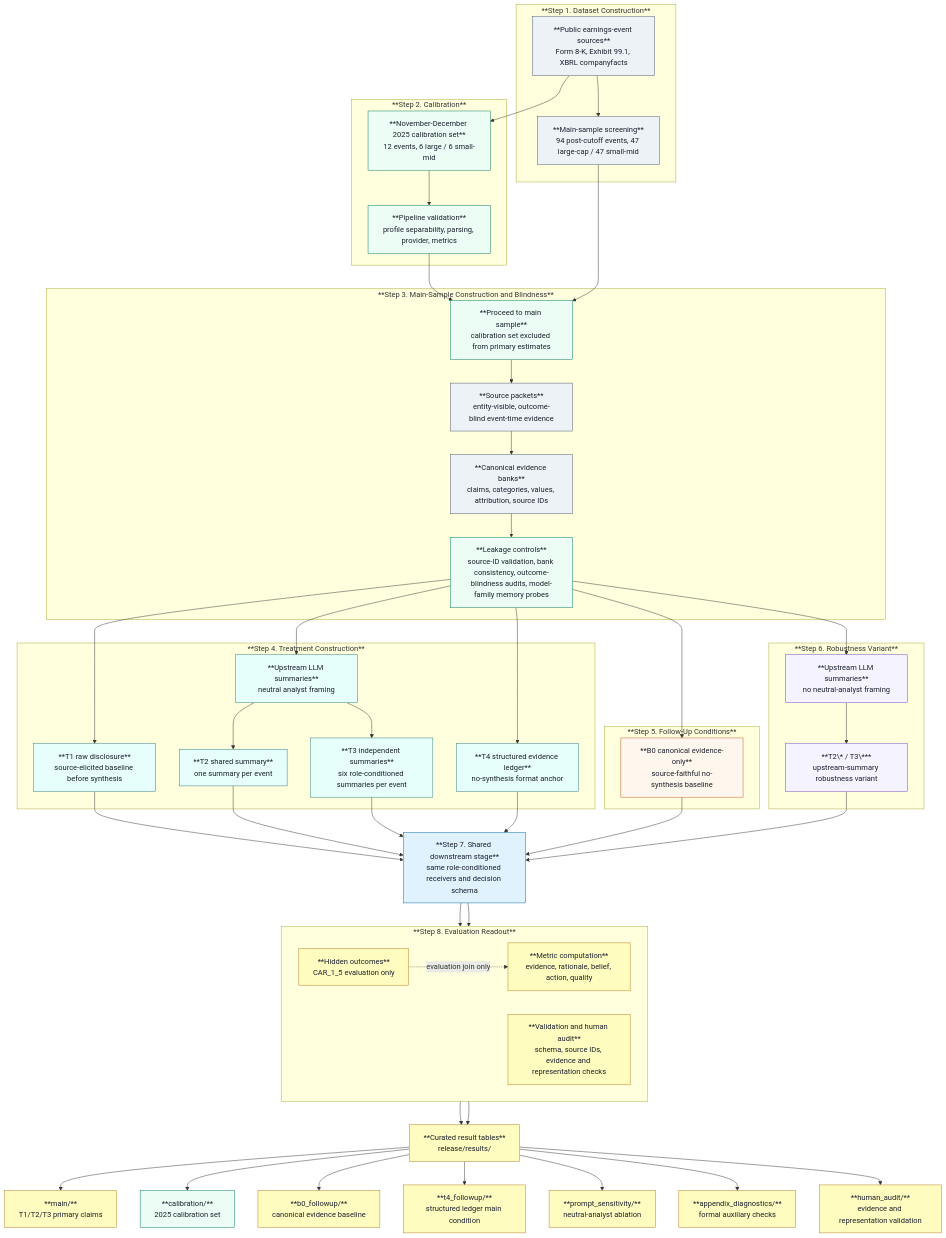
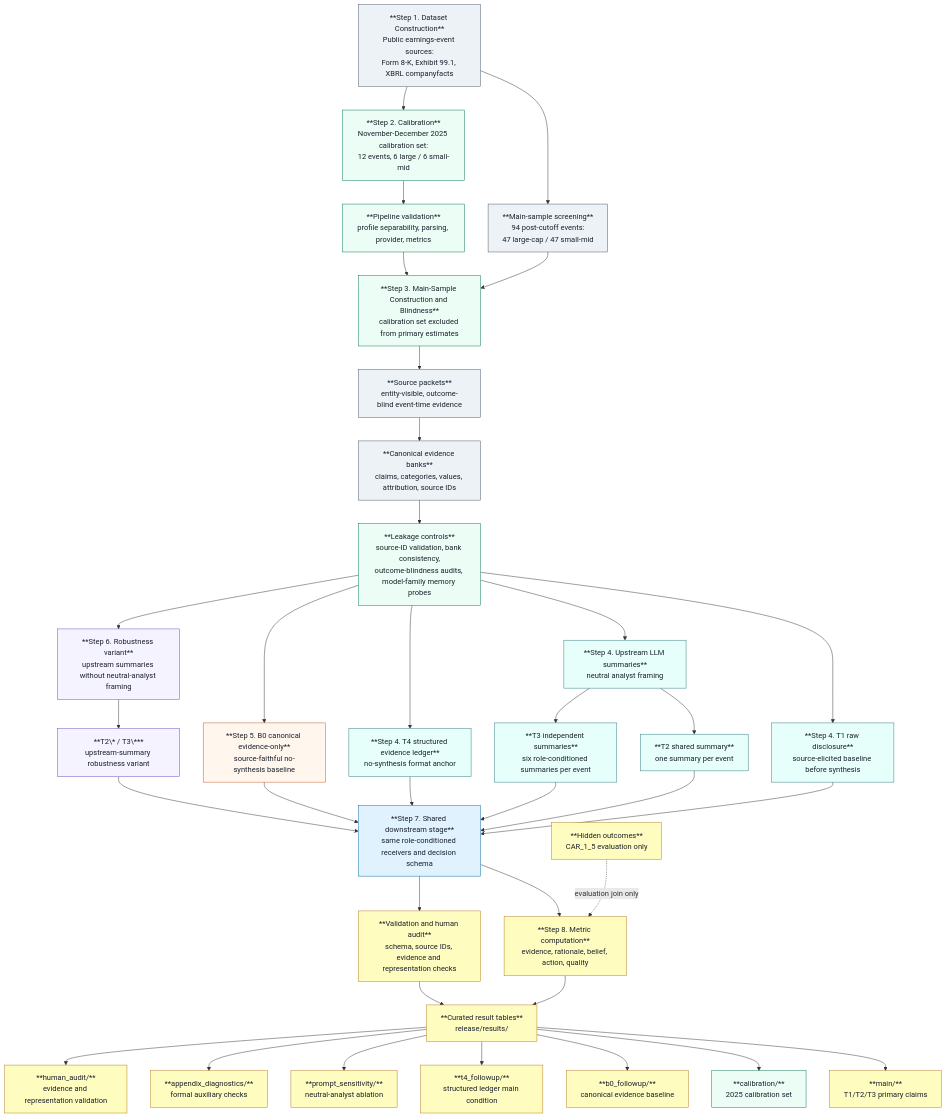
Before and after one commit to Eric0801/Faithful-to-the-Frame: the diagram in README.md, drawn with Mermaid.

Commit message:
docs: avoid mermaid title overlap

````diff
--- a/README.md
+++ b/README.md
@@ -36,77 +36,56 @@
 ```mermaid
 flowchart TD
-    subgraph Data["**Step 1. Dataset Construction**"]
-        A["**Public earnings-event sources**<br/>Form 8-K, Exhibit 99.1, XBRL companyfacts"] --> B["**Main-sample screening**<br/>94 post-cutoff events, 47 large-cap / 47 small-mid"]
-    end
+    A["**Step 1. Dataset Construction**<br/>Public earnings-event sources:<br/>Form 8-K, Exhibit 99.1, XBRL companyfacts"] --> B["**Main-sample screening**<br/>94 post-cutoff events:<br/>47 large-cap / 47 small-mid"]
+    A --> HC["**Step 2. Calibration**<br/>November-December 2025 calibration set:<br/>12 events, 6 large / 6 small-mid"]
+    HC --> HD["**Pipeline validation**<br/>profile separability, parsing, provider, metrics"]
+    B --> G["**Step 3. Main-Sample Construction and Blindness**<br/>calibration set excluded from primary estimates"]
+    HD --> G
+    G --> C["**Source packets**<br/>entity-visible, outcome-blind event-time evidence"]
+    C --> D["**Canonical evidence banks**<br/>claims, categories, values, attribution, source IDs"]
+    D --> LS["**Leakage controls**<br/>source-ID validation, bank consistency,<br/>outcome-blindness audits, model-family memory probes"]
 
-    subgraph Cal["**Step 2. Calibration**"]
-        A --> HC["**November-December 2025 calibration set**<br/>12 events, 6 large / 6 small-mid"]
-        HC --> HD["**Pipeline validation**<br/>profile separability, parsing, provider, metrics"]
-    end
-
-    subgraph MainBuild["**Step 3. Main-Sample Construction and Blindness**"]
-        HD --> G["**Proceed to main sample**<br/>calibration set excluded from primary estimates"]
-        B --> G
-        G --> C["**Source packets**<br/>entity-visible, outcome-blind event-time evidence"]
-        C --> D["**Canonical evidence banks**<br/>claims, categories, values, attribution, source IDs"]
-        D --> LS["**Leakage controls**<br/>source-ID validation, bank consistency, outcome-blindness audits, model-family memory probes"]
-    end
-
-    subgraph Main["**Step 4. Treatment Construction**"]
-        LS --> T1["**T1 raw disclosure**<br/>source-elicited baseline before synthesis"]
-        LS --> U["**Upstream LLM summaries**<br/>neutral analyst framing"]
-        U --> T2["**T2 shared summary**<br/>one summary per event"]
-        U --> T3["**T3 independent summaries**<br/>six role-conditioned summaries per event"]
-        LS --> T4["**T4 structured evidence ledger**<br/>no-synthesis format anchor"]
-    end
-
-    subgraph Follow["**Step 5. Follow-Up Conditions**"]
-        LS --> B0["**B0 canonical evidence-only**<br/>source-faithful no-synthesis baseline"]
-    end
-
-    subgraph Robust["**Step 6. Robustness Variant**"]
-        LS --> US["**Upstream LLM summaries**<br/>no neutral-analyst framing"]
-        US --> S["**T2\* / T3\***<br/>upstream-summary robustness variant"]
-    end
+    LS --> T1["**Step 4. T1 raw disclosure**<br/>source-elicited baseline before synthesis"]
+    LS --> U["**Step 4. Upstream LLM summaries**<br/>neutral analyst framing"]
+    U --> T2["**T2 shared summary**<br/>one summary per event"]
+    U --> T3["**T3 independent summaries**<br/>six role-conditioned summaries per event"]
+    LS --> T4["**Step 4. T4 structured evidence ledger**<br/>no-synthesis format anchor"]
+    LS --> B0["**Step 5. B0 canonical evidence-only**<br/>source-faithful no-synthesis baseline"]
+    LS --> US["**Step 6. Robustness variant**<br/>upstream summaries without neutral-analyst framing"]
+    US --> S["**T2\* / T3\***<br/>upstream-summary robustness variant"]
 
     T1 --> R["**Step 7. Shared downstream stage**<br/>same role-conditioned receivers and decision schema"]
     T2 --> R
     T3 --> R
     T4 --> R
     B0 --> R
     S --> R
 
-    subgraph Readout["**Step 8. Evaluation Readout**"]
-        direction LR
-        H["**Hidden outcomes**<br/>CAR_1_5 evaluation only"] -. "evaluation join only" .-> M["**Metric computation**<br/>evidence, rationale, belief, action, quality"]
-        V["**Validation and human audit**<br/>schema, source IDs, evidence and representation checks"]
-    end
-
-    R --> M
-    R --> V
+    R --> M["**Step 8. Metric computation**<br/>evidence, rationale, belief, action, quality"]
+    H["**Hidden outcomes**<br/>CAR_1_5 evaluation only"] -. "evaluation join only" .-> M
+    R --> V["**Validation and human audit**<br/>schema, source IDs, evidence and representation checks"]
     M --> O["**Curated result tables**<br/>release/results/"]
     V --> O
 
     O --> OM["**main/**<br/>T1/T2/T3 primary claims"]
     O --> OC["**calibration/**<br/>2025 calibration set"]
     O --> OB["**b0_followup/**<br/>canonical evidence baseline"]
     O --> OT["**t4_followup/**<br/>structured ledger main condition"]
     O --> OS["**prompt_sensitivity/**<br/>neutral-analyst ablation"]
     O --> OA["**appendix_diagnostics/**<br/>formal auxiliary checks"]
     O --> OH["**human_audit/**<br/>evidence and representation validation"]
 
     classDef data fill:#edf2f7,stroke:#4a5568,color:#1a202c;
     classDef cal fill:#ecfdf5,stroke:#047857,color:#1a202c;
     classDef main fill:#e6fffa,stroke:#2c7a7b,color:#1a202c;
     classDef follow fill:#fff7ed,stroke:#c05621,color:#1a202c;
     classDef robust fill:#f5f3ff,stroke:#6b46c1,color:#1a202c;
     classDef downstream fill:#e0f2fe,stroke:#0369a1,color:#1a202c;
     classDef eval fill:#fefcbf,stroke:#b7791f,color:#1a202c;
     class A,B,C,D data;
     class HC,HD,G,LS,OC cal;
     class T1,U,T2,T3,T4 main;
     class B0 follow;
     class US,S robust;
     class R downstream;
     class H,M,V,O,OM,OB,OT,OS,OA,OH eval;
 ```
````
